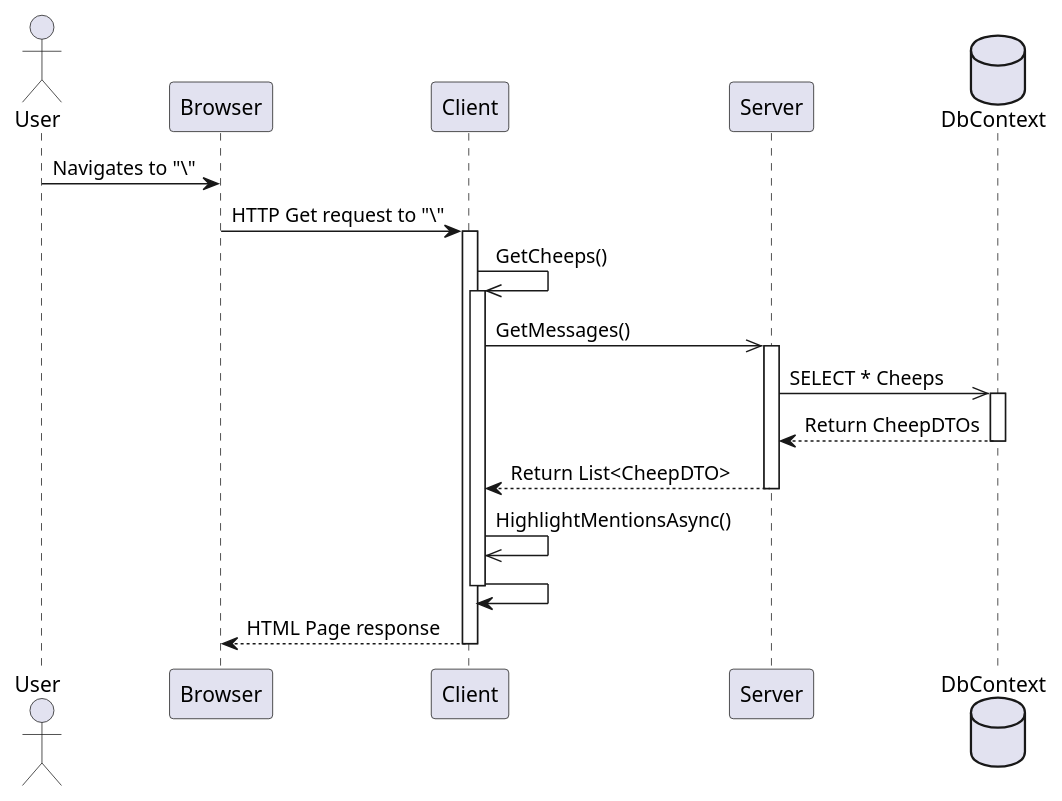
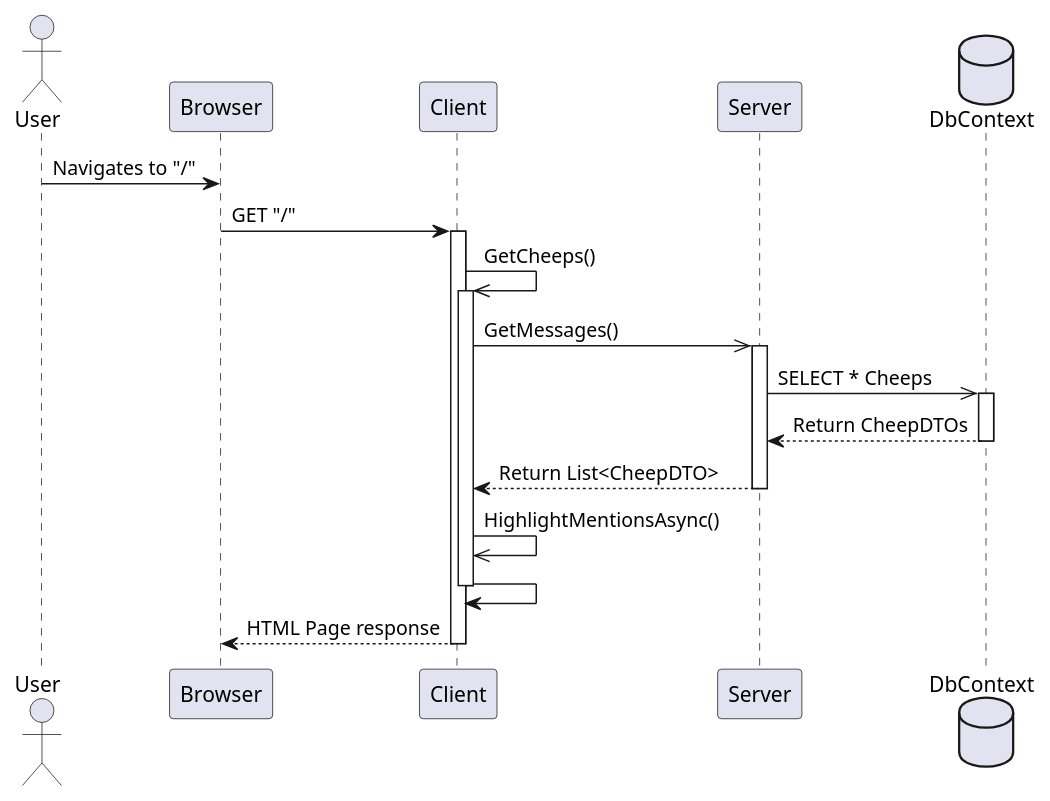
The diagram in docs/diagrams/src/sequenceDiagramNonAuthorized.wsd (ITU-BDSA2024-GROUP12/Chirp), drawn with PlantUML before and after one commit. The commit also changed 1 other file, not shown here.

Commit message:
Updates to sequence diagrams

```diff
--- a/docs/diagrams/src/sequenceDiagramNonAuthorized.wsd
+++ b/docs/diagrams/src/sequenceDiagramNonAuthorized.wsd
@@ -1,31 +1,31 @@
 @startuml
 actor User 
 participant Browser
 participant Client
 participant Server
 database DbContext
 
-User -> Browser : Navigates to "\"
-Browser -> Client : HTTP Get request to "\"
+User -> Browser : Navigates to "/"
+Browser -> Client : GET "/"
 
 activate Client
 Client ->> Client : GetCheeps()
 
 activate Client
 Client ->> Server : GetMessages()
 
 activate Server
 Server ->> DbContext : SELECT * Cheeps
 activate DbContext
 DbContext --> Server : Return CheepDTOs
 deactivate DbContext
 Server --> Client : Return List<CheepDTO>
 deactivate Server
 Client ->> Client : HighlightMentionsAsync()
 Client -> Client
 deactivate Client
 Client --> Browser : HTML Page response
 deactivate Client
 
 
 @enduml 
```
